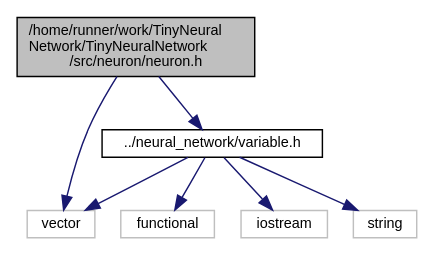
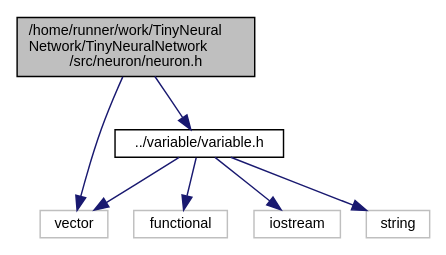
Before and after one commit to MaoSong2022/TinyNeuralNetwork: the diagram in neuron_8h__incl.dot, drawn with Graphviz. The commit also changed 90 other files, not shown here.

```diff
--- a/neuron_8h__incl.dot
+++ b/neuron_8h__incl.dot
@@ -1,18 +1,18 @@
 digraph "/home/runner/work/TinyNeuralNetwork/TinyNeuralNetwork/src/neuron/neuron.h"
 {
  // LATEX_PDF_SIZE
   edge [fontname="Helvetica",fontsize="10",labelfontname="Helvetica",labelfontsize="10"];
   node [fontname="Helvetica",fontsize="10",shape=record];
   Node1 [label="/home/runner/work/TinyNeural\lNetwork/TinyNeuralNetwork\l/src/neuron/neuron.h",height=0.2,width=0.4,color="black", fillcolor="grey75", style="filled", fontcolor="black",tooltip=" "];
   Node1 -> Node2 [color="midnightblue",fontsize="10",style="solid",fontname="Helvetica"];
   Node2 [label="vector",height=0.2,width=0.4,color="grey75", fillcolor="white", style="filled",tooltip=" "];
   Node1 -> Node3 [color="midnightblue",fontsize="10",style="solid",fontname="Helvetica"];
-  Node3 [label="../neural_network/variable.h",height=0.2,width=0.4,color="black", fillcolor="white", style="filled",URL="$variable_8h.html",tooltip=" "];
+  Node3 [label="../variable/variable.h",height=0.2,width=0.4,color="black", fillcolor="white", style="filled",URL="$variable_8h.html",tooltip=" "];
   Node3 -> Node4 [color="midnightblue",fontsize="10",style="solid",fontname="Helvetica"];
   Node4 [label="functional",height=0.2,width=0.4,color="grey75", fillcolor="white", style="filled",tooltip=" "];
   Node3 -> Node5 [color="midnightblue",fontsize="10",style="solid",fontname="Helvetica"];
   Node5 [label="iostream",height=0.2,width=0.4,color="grey75", fillcolor="white", style="filled",tooltip=" "];
   Node3 -> Node6 [color="midnightblue",fontsize="10",style="solid",fontname="Helvetica"];
   Node6 [label="string",height=0.2,width=0.4,color="grey75", fillcolor="white", style="filled",tooltip=" "];
   Node3 -> Node2 [color="midnightblue",fontsize="10",style="solid",fontname="Helvetica"];
 }
```
